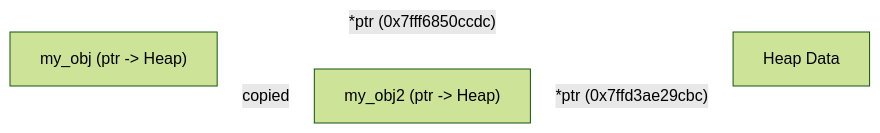
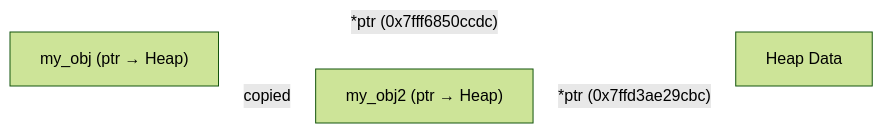
One commit to Elsie19/Elsie19 changed the first of 2 diagrams in docs/_posts/2025-11-29-rust-rules-and-guidelines.md. Above: the diagram before and after it, drawn with Mermaid (forest theme). The commit also changed other lines of this file, not shown here.

Commit message:
unicodes

````diff
--- a/docs/_posts/2025-11-29-rust-rules-and-guidelines.md
+++ b/docs/_posts/2025-11-29-rust-rules-and-guidelines.md
@@ -439,12 +439,12 @@
 ```mermaid
 flowchart LR
-    A["my_obj (ptr -> Heap)"]
+    A["my_obj (ptr → Heap)"]
     H["Heap Data"]
-    B["my_obj2 (ptr -> Heap)"]
+    B["my_obj2 (ptr → Heap)"]
 
     A -->|"copied"| B
     A -->|"*ptr (0x7fff6850ccdc)"| H
     B -->|"*ptr (0x7ffd3ae29cbc)"| H
 
     linkStyle default stroke: white
 ```
````
